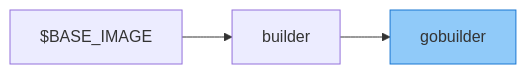
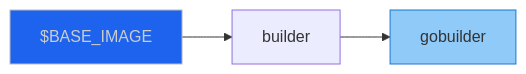
One commit to stairwaytowonderland/starter-project changed the sixth of 16 diagrams in .devcontainer/docker/README.md. Above: the diagram before and after it, drawn with Mermaid. The commit also changed other lines of this file, not shown here.

````diff
--- a/.devcontainer/docker/README.md
+++ b/.devcontainer/docker/README.md
@@ -269,5 +272,6 @@
 ```mermaid
 graph LR
     base_image["$BASE_IMAGE"] --> builder[builder] --> gobuilder[gobuilder]
+    style base_image fill:#1d63ed,stroke:#bcbcbc,color:#ccc
     style gobuilder fill:#90caf9,stroke:#1976d2,color:#333
 ```
````
